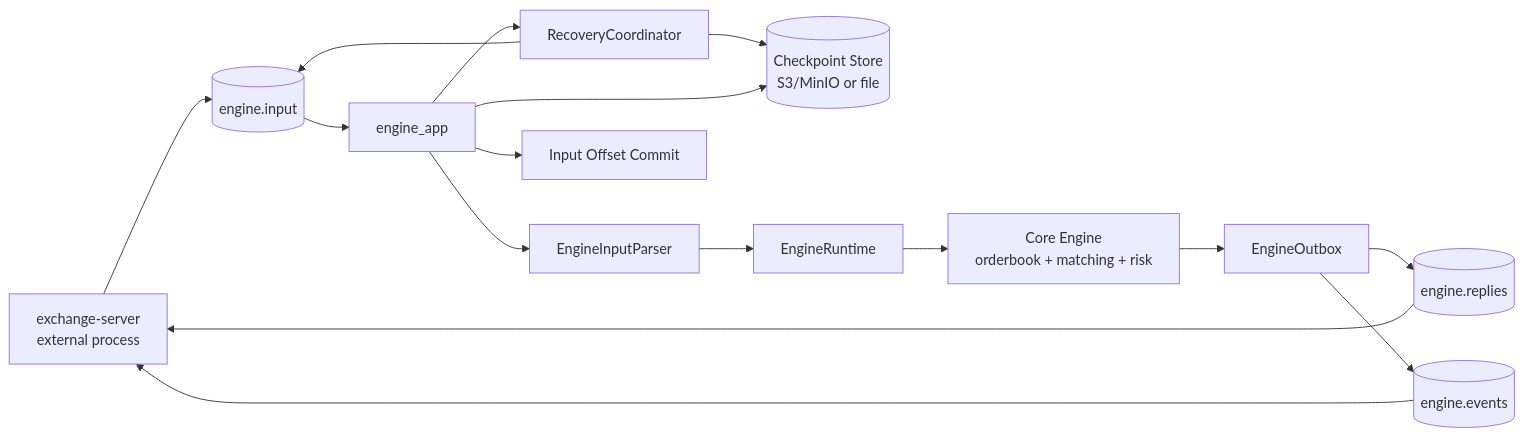
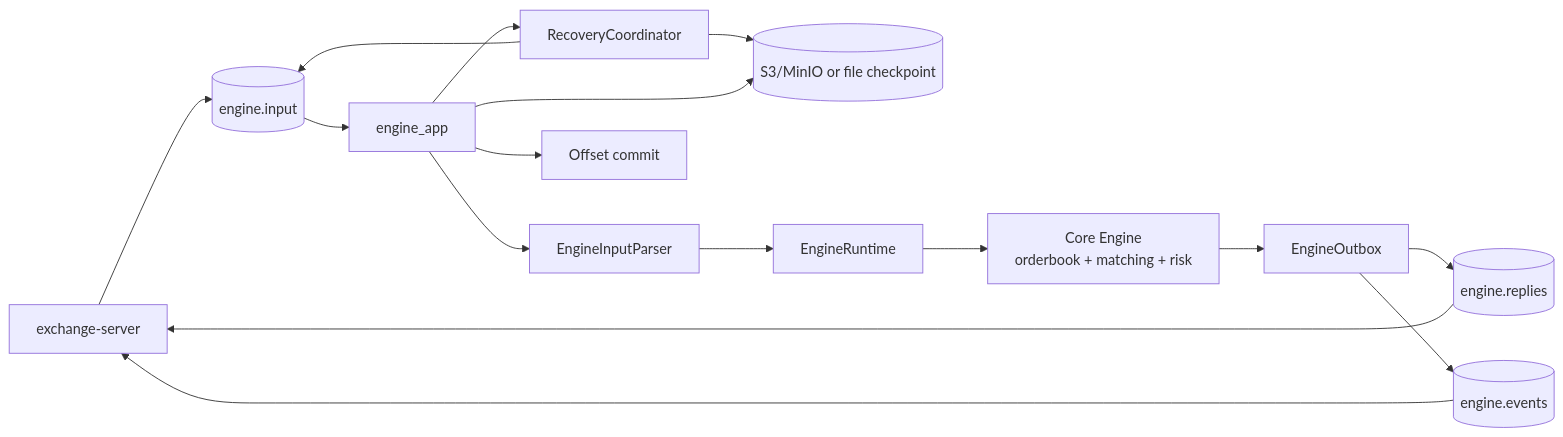
Before and after one commit to whoisasx/exchange-engine: the first of 3 diagrams in README.md, drawn with Mermaid. The commit also changed other lines of this file and 3 other files, not shown here.

````diff
--- a/README.md
+++ b/README.md
@@ -14,22 +13,22 @@
 ```mermaid
 flowchart LR
-    exchange[exchange-server<br/>external process] --> input[(engine.input)]
+    exchange[exchange-server] --> input[(engine.input)]
     input --> app[engine_app]
 
     app --> recovery[RecoveryCoordinator]
-    recovery --> store[(Checkpoint Store<br/>S3/MinIO or file)]
+    recovery --> checkpoint[(S3/MinIO or file checkpoint)]
     recovery --> input
 
     app --> parser[EngineInputParser]
     parser --> runtime[EngineRuntime]
     runtime --> core[Core Engine<br/>orderbook + matching + risk]
     core --> outbox[EngineOutbox]
 
     outbox --> replies[(engine.replies)]
     outbox --> events[(engine.events)]
-    app --> store
-    app --> commits[Input Offset Commit]
+    app --> checkpoint
+    app --> commit[Offset commit]
 
     replies --> exchange
     events --> exchange
 ```
````
